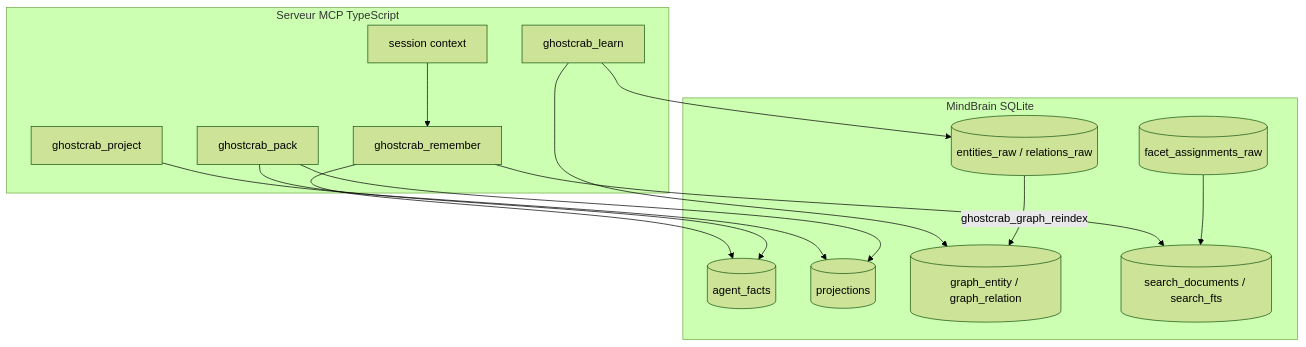
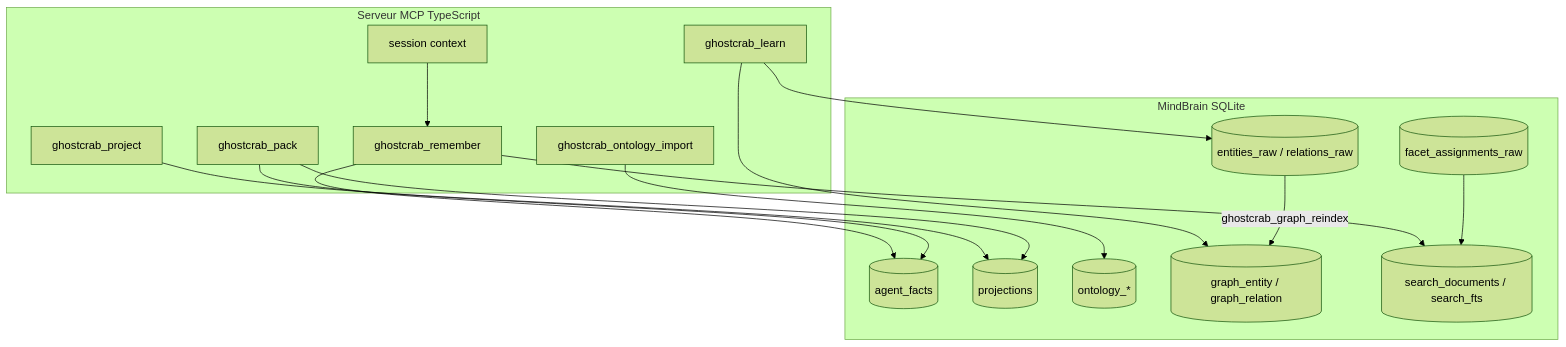
Before and after one commit to mindflight-orchestrator/ghostcrab-personal-mcp: the second of 2 diagrams in docs/explanation/03-memoire-mcp-facettes-graphe-projections.md, drawn with Mermaid (forest theme). The commit also changed other lines of this file and 49 other files, not shown here.

Commit message:
feat: add MCP ontology import surface

````diff
--- a/docs/explanation/03-memoire-mcp-facettes-graphe-projections.md
+++ b/docs/explanation/03-memoire-mcp-facettes-graphe-projections.md
@@ -66,30 +70,33 @@
 ```mermaid
 flowchart TB
   subgraph mcp [Serveur MCP TypeScript]
     Session[session context]
     Remember[ghostcrab_remember]
     Project[ghostcrab_project]
+    OntologyImport[ghostcrab_ontology_import]
     Learn[ghostcrab_learn]
     Pack[ghostcrab_pack]
   end
 
   subgraph native [MindBrain SQLite]
     Facts[(agent_facts)]
     Proj[(projections)]
     Assign[(facet_assignments_raw)]
+    Ontology[(ontology_*)]
     RawGraph[(entities_raw / relations_raw)]
     RuntimeGraph[(graph_entity / graph_relation)]
     Search[(search_documents / search_fts)]
   end
 
   Session --> Remember
   Remember --> Facts
   Remember --> Search
   Project --> Proj
   Pack --> Proj
   Pack --> Facts
+  OntologyImport --> Ontology
   Learn --> RawGraph
   Learn --> RuntimeGraph
   Assign --> Search
   RawGraph -->|ghostcrab_graph_reindex| RuntimeGraph
 ```
````
